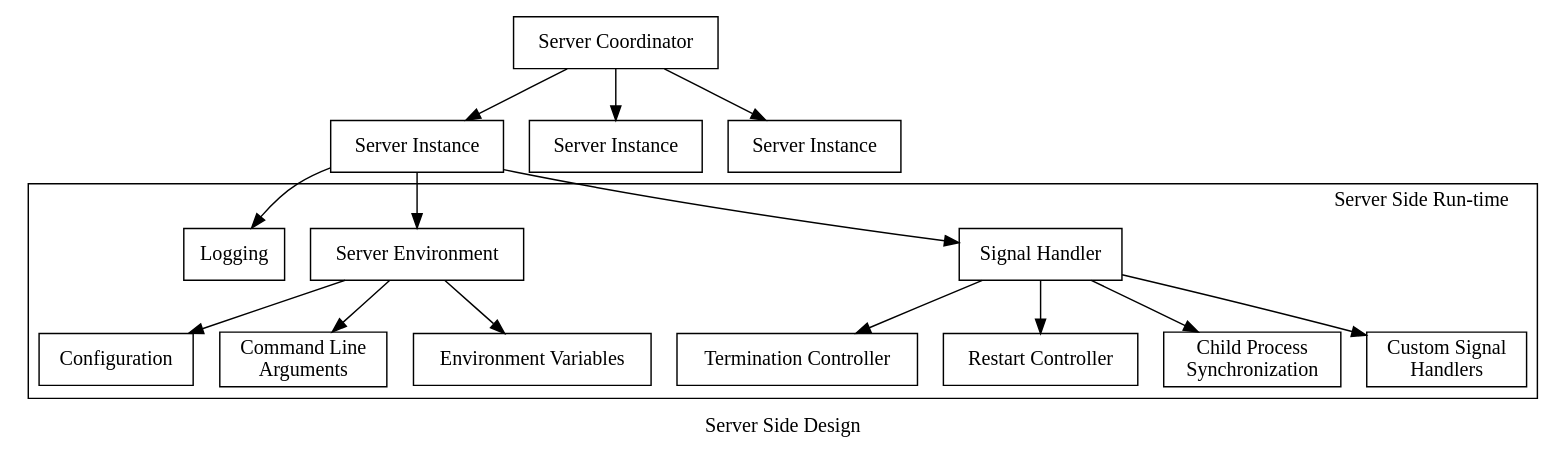
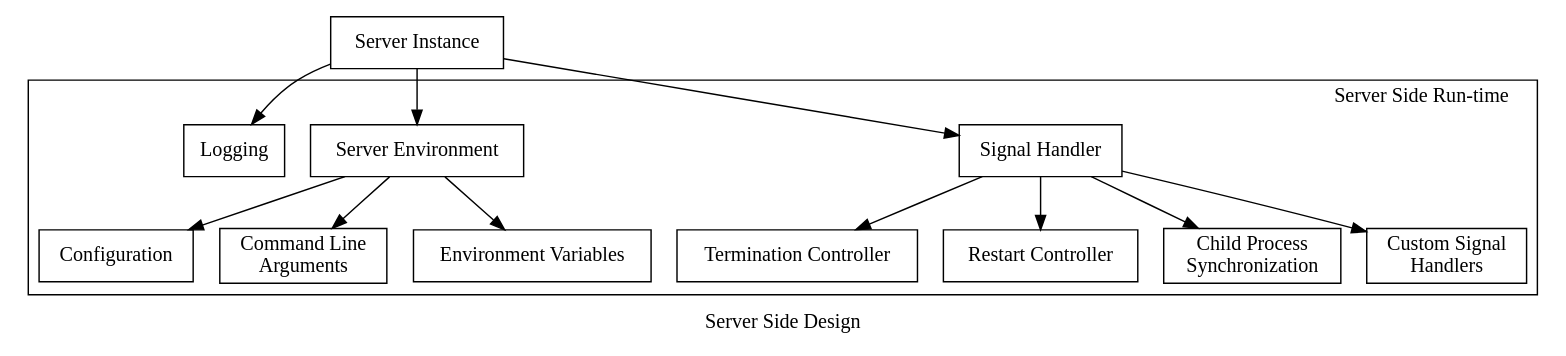
Before and after one commit to ronflima/ServerSide: the diagram in docs/design.dot, drawn with Graphviz. The commit also changed 3 other files, not shown here.

```diff
--- a/docs/design.dot
+++ b/docs/design.dot
@@ -1,41 +1,35 @@
 // -*-dot-*-
 // Server Side Design
 // Author: Ronaldo Faria Lima (c) 2017 - All Rights Reserved
 //
 
 digraph ServerSideDesign {
     fontname="Ubuntu Bold"
     node [shape="box", fontname="Ubuntu"]
     label="Server Side Design"
-    Coord[label="Server Coordinator"]
     Signal[label="Signal Handler"]
     Term[label="Termination Controller"]
     Hup[label="Restart Controller"]
     Chld[label="Child Process\nSynchronization"]
-    Server1[label="Server Instance"]
-    Server2[label="Server Instance"]
-    ServerN[label="Server Instance"]
+    Server[label="Server Instance"]
     Env[label="Server Environment"]
     Config[label="Configuration"]
     CmdLine[label="Command Line\nArguments"]
     EnvVars[label="Environment Variables"]
     Usr[label="Custom Signal\nHandlers"]
-    Coord -> Server1
-    Coord -> Server2
-    Coord -> ServerN
-    Server1 -> Env
-    Server1 -> Signal
-    Server1 -> Logging
+    Server -> Env
+    Server -> Signal
+    Server -> Logging
     subgraph cluster0 {
         label="Server Side Run-time"
         labeljust="r"
         Logging[label="Logging"]
         Env -> Config
         Env -> CmdLine
         Env -> EnvVars
         Signal -> Term
         Signal -> Hup
         Signal -> Chld
         Signal -> Usr
     }
 }
```
